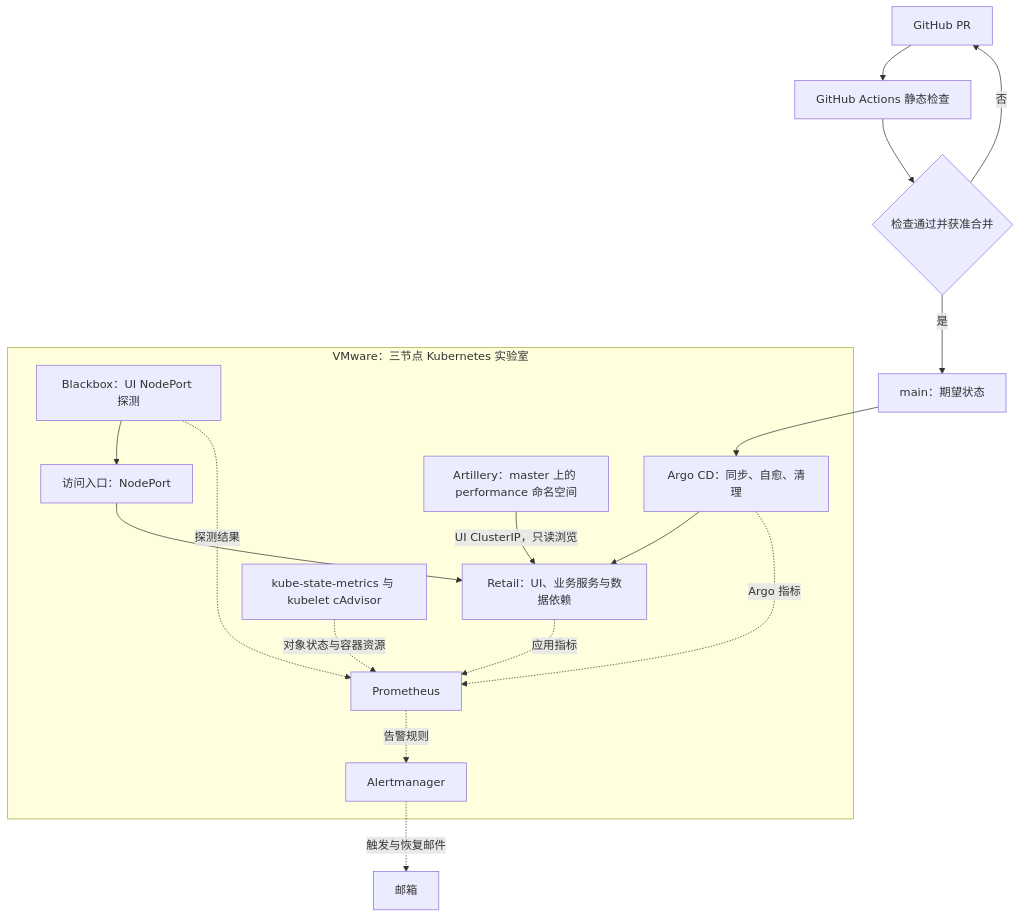
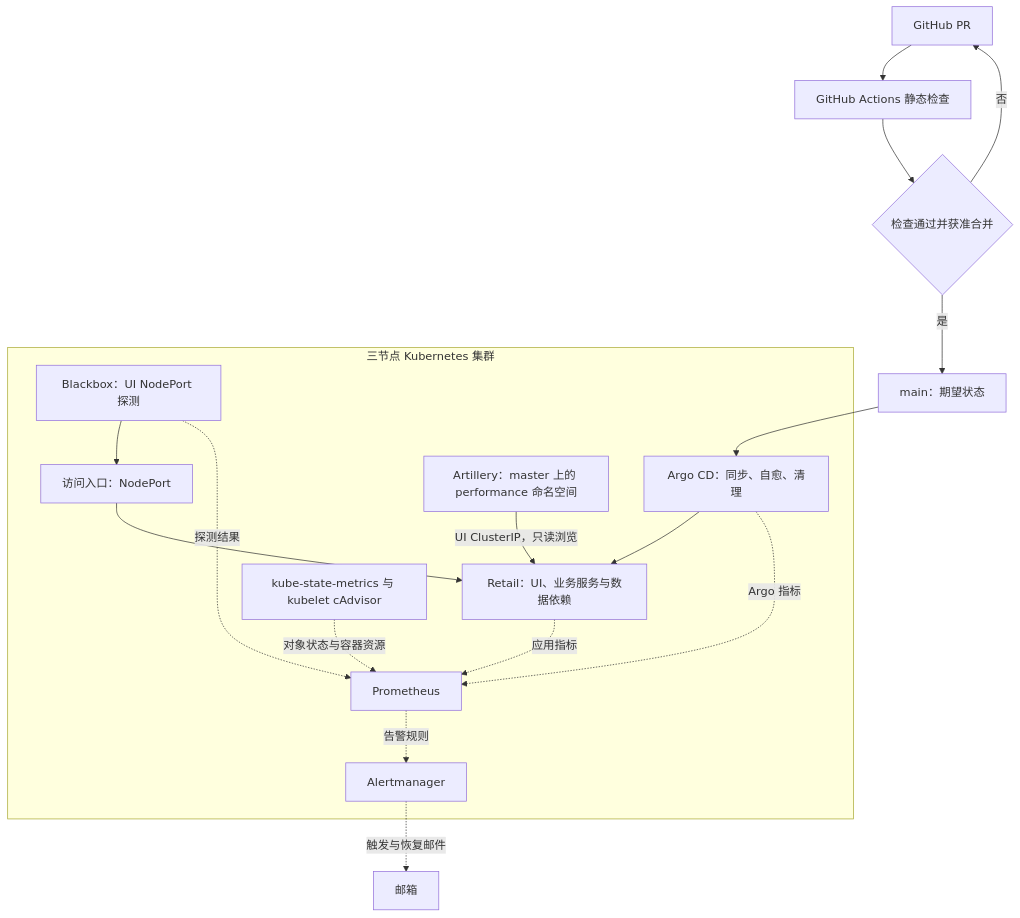
Before and after one commit to wanghaibing07/retail-reliability-lab: the first of 3 diagrams in docs/portfolio/architecture.md, drawn with Mermaid. The commit also changed other lines of this file and 10 other files, not shown here.

````diff
--- a/docs/portfolio/architecture.md
+++ b/docs/portfolio/architecture.md
@@ -15,20 +15,20 @@
 ```mermaid
 flowchart TD
   pr["GitHub PR"] --> ci["GitHub Actions 静态检查"]
   ci --> gate{"检查通过并获准合并"}
   gate -->|否| pr
   gate -->|是| git["main：期望状态"]
   git --> argo
-  subgraph lab["VMware：三节点 Kubernetes 实验室"]
+  subgraph lab["三节点 Kubernetes 集群"]
     argo["Argo CD：同步、自愈、清理"] --> retail["Retail：UI、业务服务与数据依赖"]
     user["访问入口：NodePort"] --> retail
     load["Artillery：master 上的 performance 命名空间"] -->|"UI ClusterIP，只读浏览"| retail
     bb["Blackbox：UI NodePort 探测"] --> user
     bb -. "探测结果" .-> prom["Prometheus"]
     retail -. "应用指标" .-> prom
     metrics["kube-state-metrics 与 kubelet cAdvisor"] -. "对象状态与容器资源" .-> prom
     argo -. "Argo 指标" .-> prom
     prom -. "告警规则" .-> am["Alertmanager"]
   end
   am -. "触发与恢复邮件" .-> mail["邮箱"]
 ```
````
